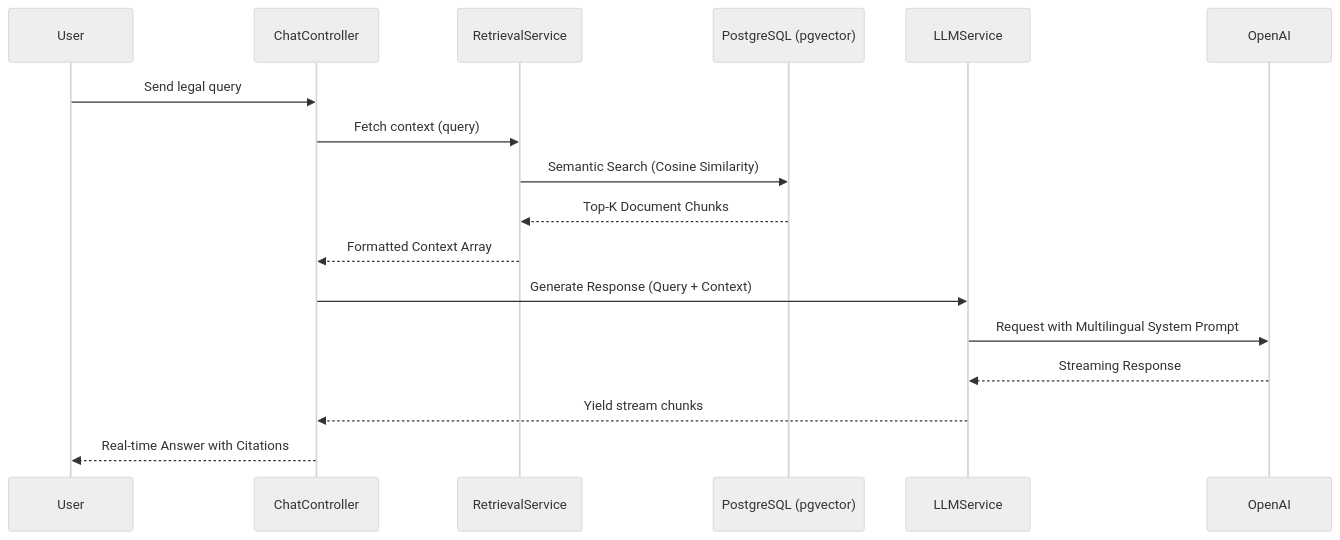
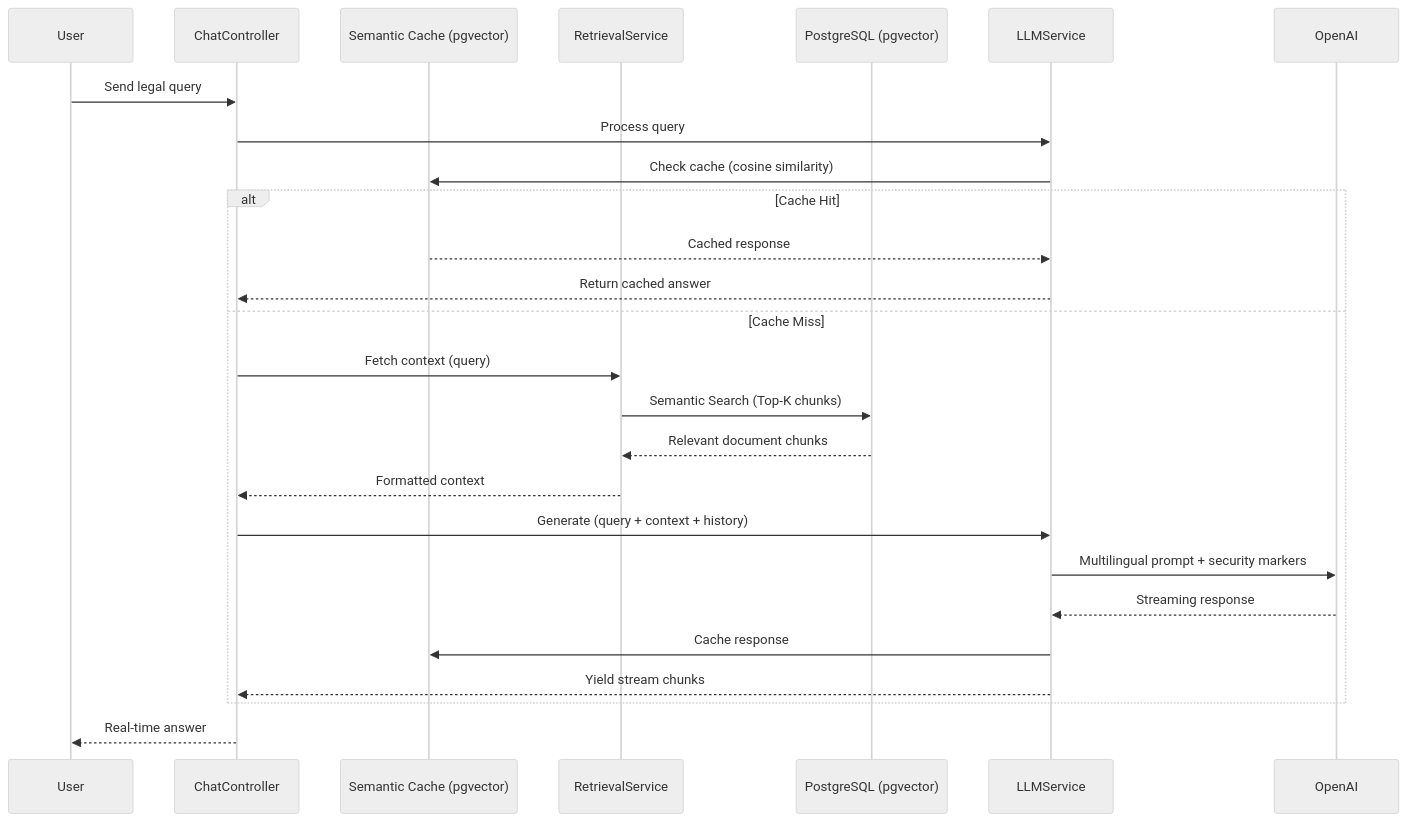
The second of 2 diagrams in README.md (shashinherath/OpenJustice-Backend-Repo), drawn with Mermaid (neutral theme) before and after one commit. The commit also changed other lines of this file and 14 other files, not shown here.

````diff
--- a/README.md
+++ b/README.md
@@ -46,20 +69,29 @@
 ```mermaid
 sequenceDiagram
     participant User
     participant ChatController
+    participant SemanticCache as Semantic Cache (pgvector)
     participant RetrievalService
     participant VectorDB as PostgreSQL (pgvector)
     participant LLMService
     participant OpenAI
 
     User->>ChatController: Send legal query
-    ChatController->>RetrievalService: Fetch context (query)
-    RetrievalService->>VectorDB: Semantic Search (Cosine Similarity)
-    VectorDB-->>RetrievalService: Top-K Document Chunks
-    RetrievalService-->>ChatController: Formatted Context Array
-    ChatController->>LLMService: Generate Response (Query + Context)
-    LLMService->>OpenAI: Request with Multilingual System Prompt
-    OpenAI-->>LLMService: Streaming Response
-    LLMService-->>ChatController: Yield stream chunks
-    ChatController-->>User: Real-time Answer with Citations
+    ChatController->>LLMService: Process query
+    LLMService->>SemanticCache: Check cache (cosine similarity)
+    alt Cache Hit
+        SemanticCache-->>LLMService: Cached response
+        LLMService-->>ChatController: Return cached answer
+    else Cache Miss
+        ChatController->>RetrievalService: Fetch context (query)
+        RetrievalService->>VectorDB: Semantic Search (Top-K chunks)
+        VectorDB-->>RetrievalService: Relevant document chunks
+        RetrievalService-->>ChatController: Formatted context
+        ChatController->>LLMService: Generate (query + context + history)
+        LLMService->>OpenAI: Multilingual prompt + security markers
+        OpenAI-->>LLMService: Streaming response
+        LLMService->>SemanticCache: Cache response
+        LLMService-->>ChatController: Yield stream chunks
+    end
+    ChatController-->>User: Real-time answer
 ```
````
